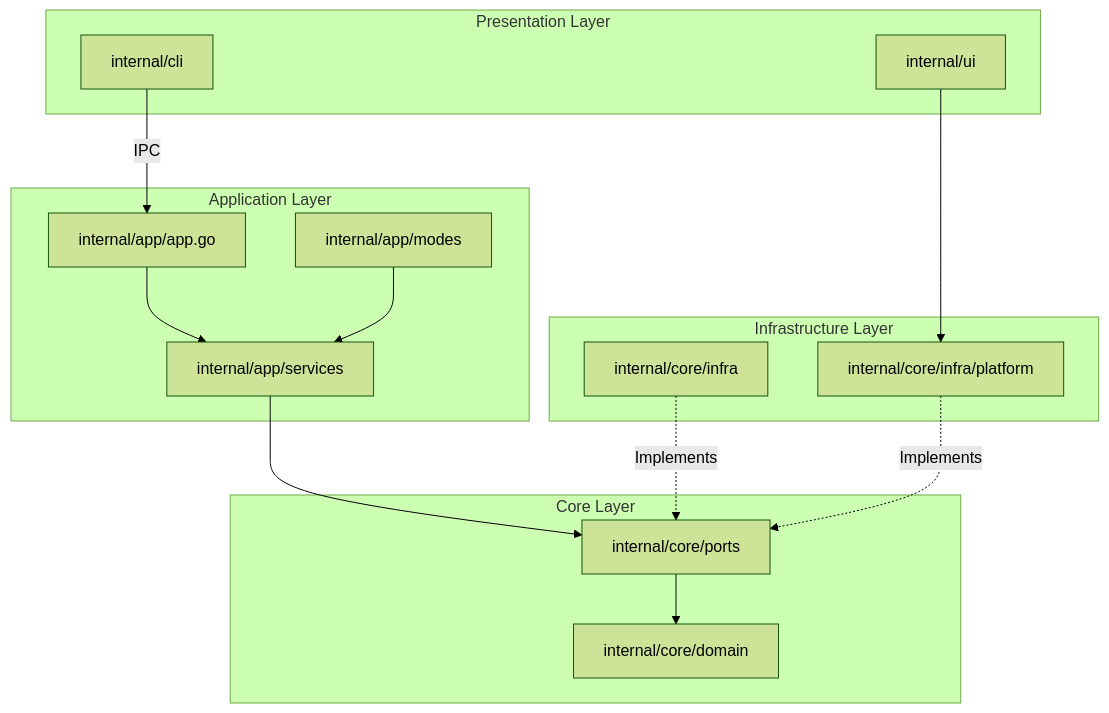
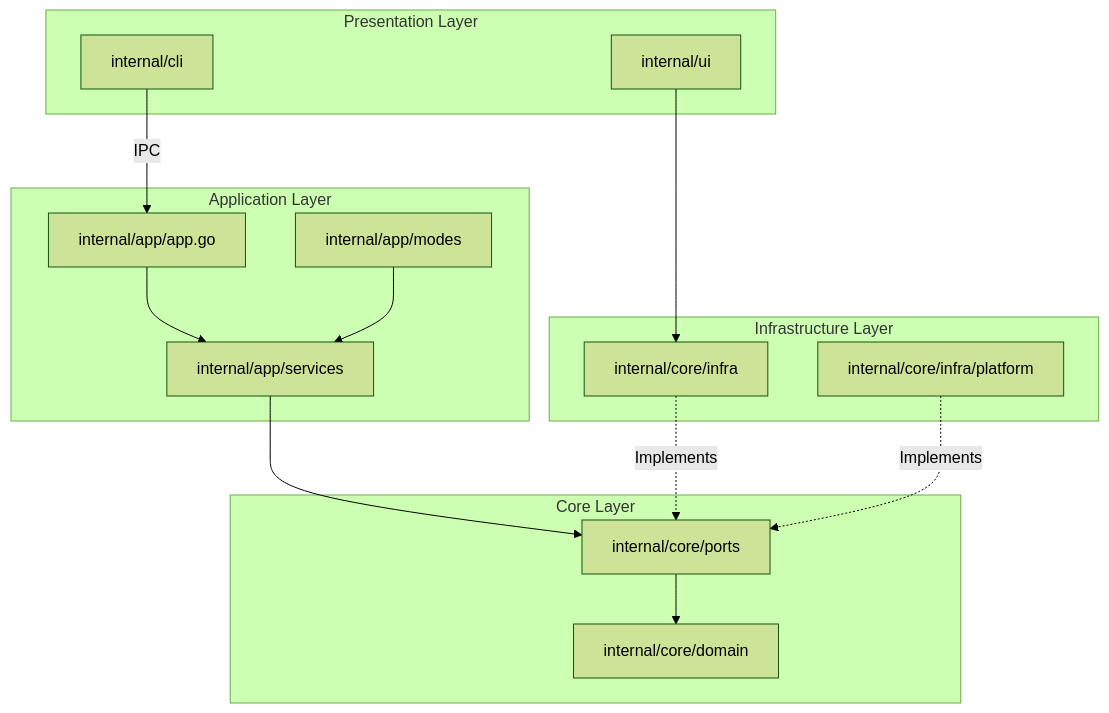
One commit to y3owk1n/neru changed the first of 3 diagrams in docs/ARCHITECTURE.md. Above: the diagram before and after it, drawn with Mermaid (forest theme). The commit also changed other lines of this file and 298 other files, not shown here.

````diff
--- a/docs/ARCHITECTURE.md
+++ b/docs/ARCHITECTURE.md
@@ -133,32 +133,32 @@
 ```mermaid
 graph TD
     subgraph "Presentation Layer"
         CLI[internal/cli]
         UI[internal/ui]
     end
 
     subgraph "Application Layer"
         App[internal/app/app.go]
         Modes[internal/app/modes]
         Services[internal/app/services]
     end
 
     subgraph "Core Layer"
         Ports[internal/core/ports]
         Domain[internal/core/domain]
     end
 
     subgraph "Infrastructure Layer"
         Infra[internal/core/infra]
         Platform[internal/core/infra/platform]
     end
 
     CLI -->|IPC| App
     App --> Services
     Modes --> Services
     Services --> Ports
     Ports --> Domain
     Infra -.->|Implements| Ports
     Platform -.->|Implements| Ports
-    UI --> Platform
+    UI --> Infra
 ```
````
